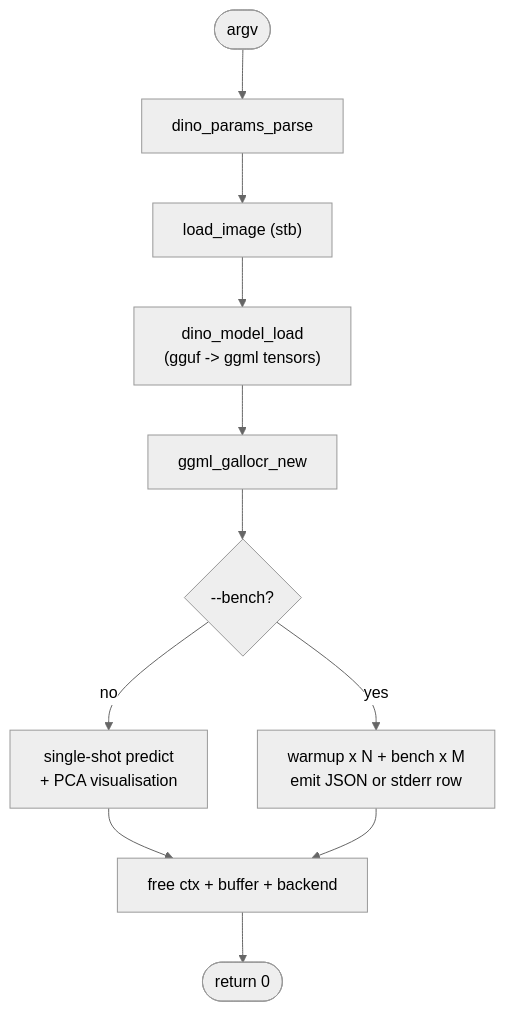
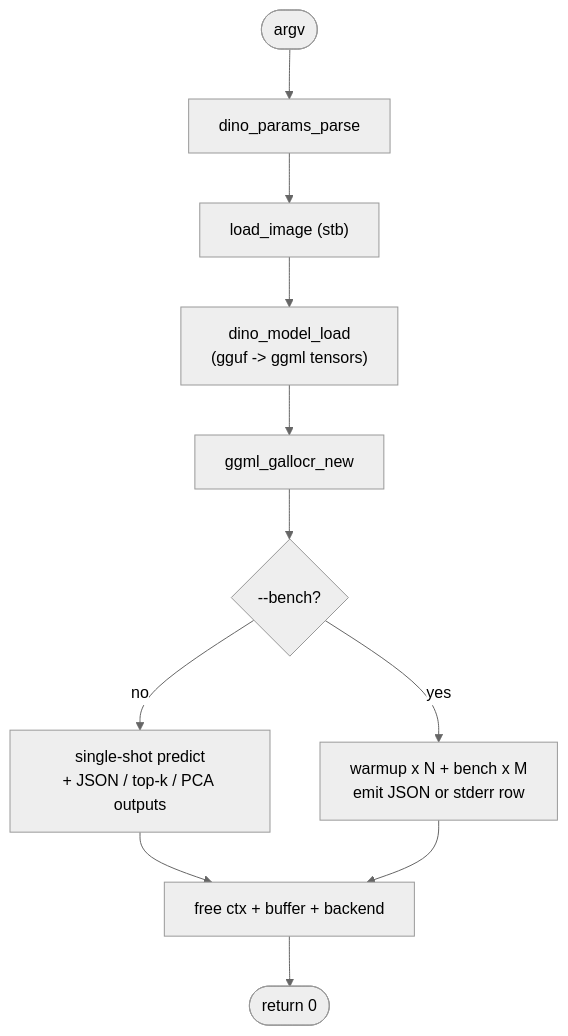
The fourth of 4 diagrams in ARCHITECTURE.md (espetro/dinov2.cpp), drawn with Mermaid (neutral theme) before and after one commit. The commit also changed other lines of this file and 4 other files, not shown here.

````diff
--- a/ARCHITECTURE.md
+++ b/ARCHITECTURE.md
@@ -160,13 +171,13 @@
 ```mermaid
 flowchart TD
     start([argv]) --> parse["dino_params_parse"]
     parse --> load_img["load_image (stb)"]
     load_img --> load_model["dino_model_load<br/>(gguf -> ggml tensors)"]
     load_model --> alloc["ggml_gallocr_new"]
     alloc --> branch{--bench?}
-    branch -- no --> single["single-shot predict<br/>+ PCA visualisation"]
+    branch -- no --> single["single-shot predict<br/>+ JSON / top-k / PCA outputs"]
     branch -- yes --> loop["warmup x N + bench x M<br/>emit JSON or stderr row"]
     single --> cleanup["free ctx + buffer + backend"]
     loop --> cleanup
     cleanup --> exit([return 0])
 ```
````
